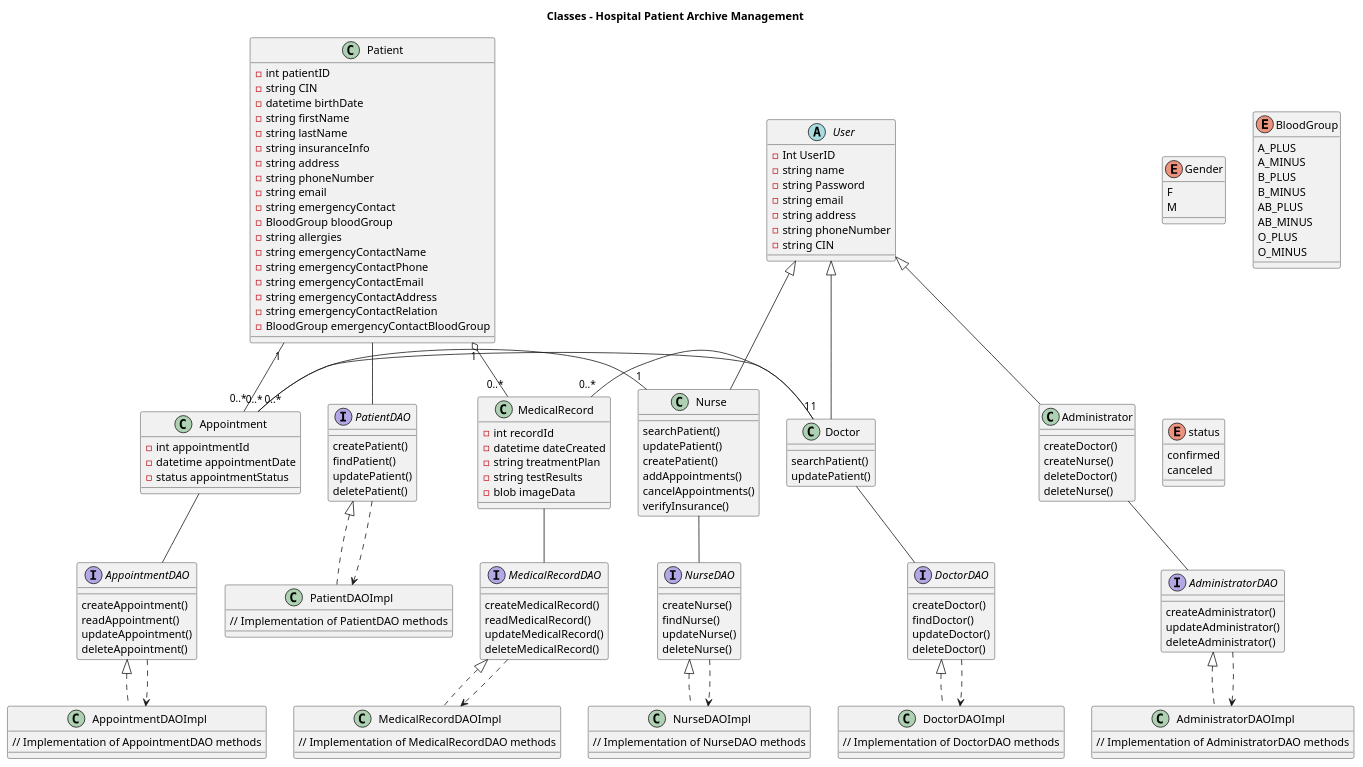
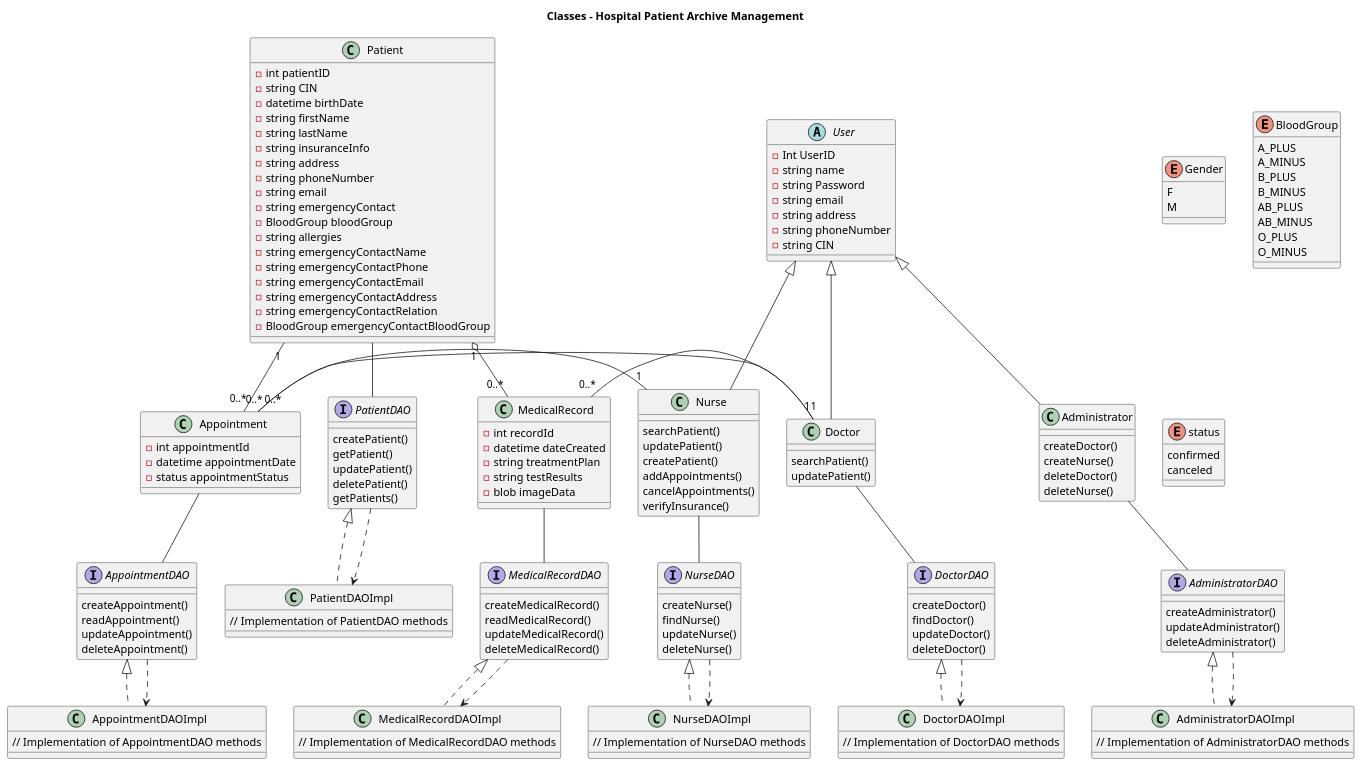
Before and after one commit to Maryem-bencharke/SE_Project: the diagram in diagrams/classDiagWithPatterns.pu, drawn with PlantUML. The commit also changed 2 other files, not shown here.

Commit message:
add patient

```diff
--- a/diagrams/classDiagWithPatterns.pu
+++ b/diagrams/classDiagWithPatterns.pu
@@ -1,184 +1,185 @@
 @startuml
 title Classes - Hospital Patient Archive Management
 
 abstract class User {
   - Int UserID
   - string name
   - string Password 
   - string email
   - string address
   - string phoneNumber
   - string CIN
 }
 
 enum Gender {
   F
   M
 }
 
 class Doctor {
   searchPatient()
   updatePatient()
 }
 
 class Nurse {
   searchPatient()
   updatePatient()
   createPatient()
   addAppointments()
   cancelAppointments()
   verifyInsurance()
 }
 
 class Administrator {
   createDoctor()
   createNurse()
   deleteDoctor()
   deleteNurse()
 }
 
 class Patient {
   - int patientID
   - string CIN
   - datetime birthDate
   - string firstName
   - string lastName
   - string insuranceInfo
   - string address
   - string phoneNumber
   - string email
   - string emergencyContact
   - BloodGroup bloodGroup
   - string allergies
   - string emergencyContactName
   - string emergencyContactPhone
   - string emergencyContactEmail
   - string emergencyContactAddress
   - string emergencyContactRelation
   - BloodGroup emergencyContactBloodGroup
 }
 
 enum BloodGroup {
   A_PLUS
   A_MINUS
   B_PLUS
   B_MINUS
   AB_PLUS
   AB_MINUS
   O_PLUS
   O_MINUS
 }
 
 class Appointment {
   - int appointmentId
   - datetime appointmentDate
   - status appointmentStatus
 }
 
 enum status {
   confirmed
   canceled
 }
 
 class MedicalRecord {
   - int recordId
   - datetime dateCreated
   - string treatmentPlan
   - string testResults
   - blob imageData
 }
 
 ' DAO Interfaces and Implementations
 interface PatientDAO {
   createPatient()
-  findPatient()
+  getPatient()
   updatePatient()
   deletePatient()
+  getPatients()
 }
 
 class PatientDAOImpl implements PatientDAO {
   // Implementation of PatientDAO methods
 }
 
 interface DoctorDAO {
   createDoctor()
   findDoctor()
   updateDoctor()
   deleteDoctor()
 }
 
 class DoctorDAOImpl implements DoctorDAO {
   // Implementation of DoctorDAO methods
 }
 
 interface NurseDAO {
   createNurse()
   findNurse()
   updateNurse()
   deleteNurse()
 }
 
 class NurseDAOImpl implements NurseDAO {
   // Implementation of NurseDAO methods
 }
 
 interface AdministratorDAO {
   createAdministrator()
   updateAdministrator()
   deleteAdministrator()
 }
 
 class AdministratorDAOImpl implements AdministratorDAO {
   // Implementation of AdministratorDAO methods
 }
 
 interface AppointmentDAO {
   createAppointment()
   readAppointment()
   updateAppointment()
   deleteAppointment()
 }
 
 class AppointmentDAOImpl implements AppointmentDAO {
   // Implementation of AppointmentDAO methods
 }
 
 interface MedicalRecordDAO {
   createMedicalRecord()
   readMedicalRecord()
   updateMedicalRecord()
   deleteMedicalRecord()
 }
 
 class MedicalRecordDAOImpl implements MedicalRecordDAO {
   // Implementation of MedicalRecordDAO methods
 }
 
 ' Relationships
 User <|-- Doctor 
 User <|-- Nurse
 User <|-- Administrator
 
 Patient "1" - "0..*" Appointment
 Patient "1" o-- "0..*" MedicalRecord
 Appointment "0..*" - "1" Nurse
 MedicalRecord "0..*" - "1" Doctor
 Appointment "0..*" - "1" Doctor
 
 ' DAO Relationships with Classes
 Patient -- PatientDAO
 Doctor -- DoctorDAO
 Nurse -- NurseDAO
 Administrator -- AdministratorDAO
 Appointment -- AppointmentDAO
 MedicalRecord -- MedicalRecordDAO
 
 ' DAO Implementations
 PatientDAO ..> PatientDAOImpl
 DoctorDAO ..> DoctorDAOImpl
 NurseDAO ..> NurseDAOImpl
 AdministratorDAO ..> AdministratorDAOImpl
 AppointmentDAO ..> AppointmentDAOImpl
 MedicalRecordDAO ..> MedicalRecordDAOImpl
 
 @enduml
```
